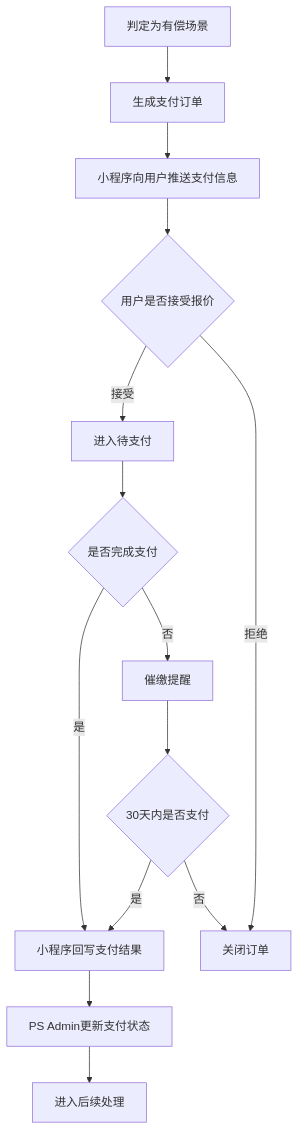
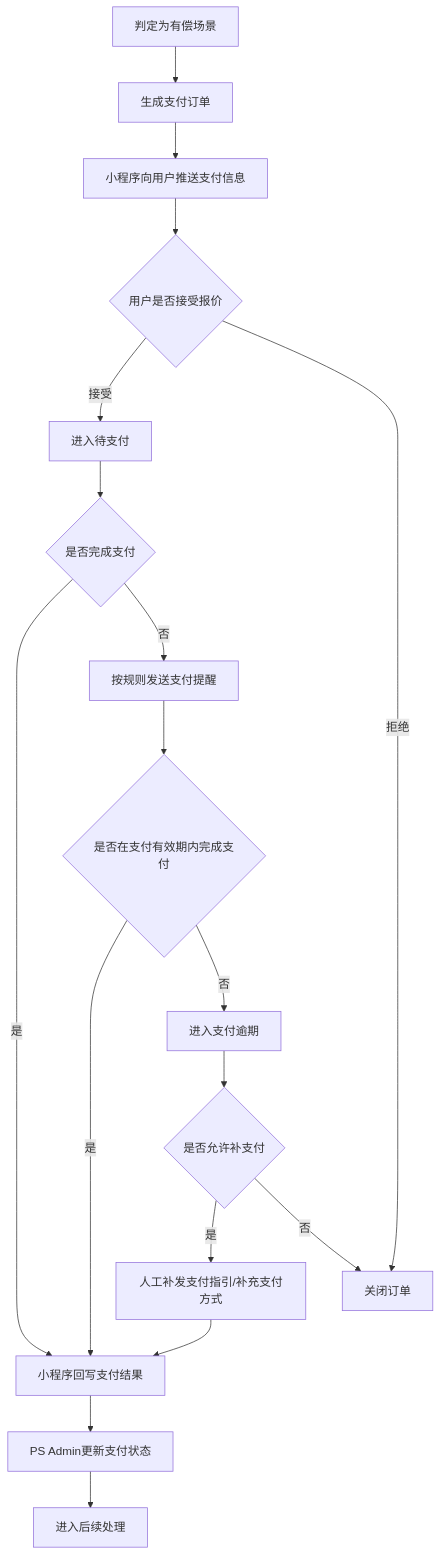
Before and after one commit to guguohai/gmps: the sixth of 33 diagrams in 文档/GM系统需求说明.md, drawn with Mermaid. The commit also changed other lines of this file and 8 other files, not shown here.

````diff
--- a/文档/GM系统需求说明.md
+++ b/文档/GM系统需求说明.md
@@ -351,21 +398,27 @@
 ```mermaid
 flowchart TD
 
 A[判定为有偿场景] --> B[生成支付订单]
 B --> C[小程序向用户推送支付信息]
 
 C --> D{用户是否接受报价}
 D -->|接受| E[进入待支付]
 D -->|拒绝| F[关闭订单]
 
 E --> G{是否完成支付}
 G -->|是| H[小程序回写支付结果]
-G -->|否| I[催缴提醒]
+G -->|否| I[按规则发送支付提醒]
 
-I --> J{30天内是否支付}
+I --> J{是否在支付有效期内完成支付}
 J -->|是| H
-J -->|否| F
+J -->|否| K[进入支付逾期]
 
-H --> K[PS Admin更新支付状态]
-K --> L[进入后续处理]
+K --> L{是否允许补支付}
+L -->|是| M[人工补发支付指引/补充支付方式]
+L -->|否| F
+
+M --> H
+
+H --> N[PS Admin更新支付状态]
+N --> O[进入后续处理]
 ```
````
